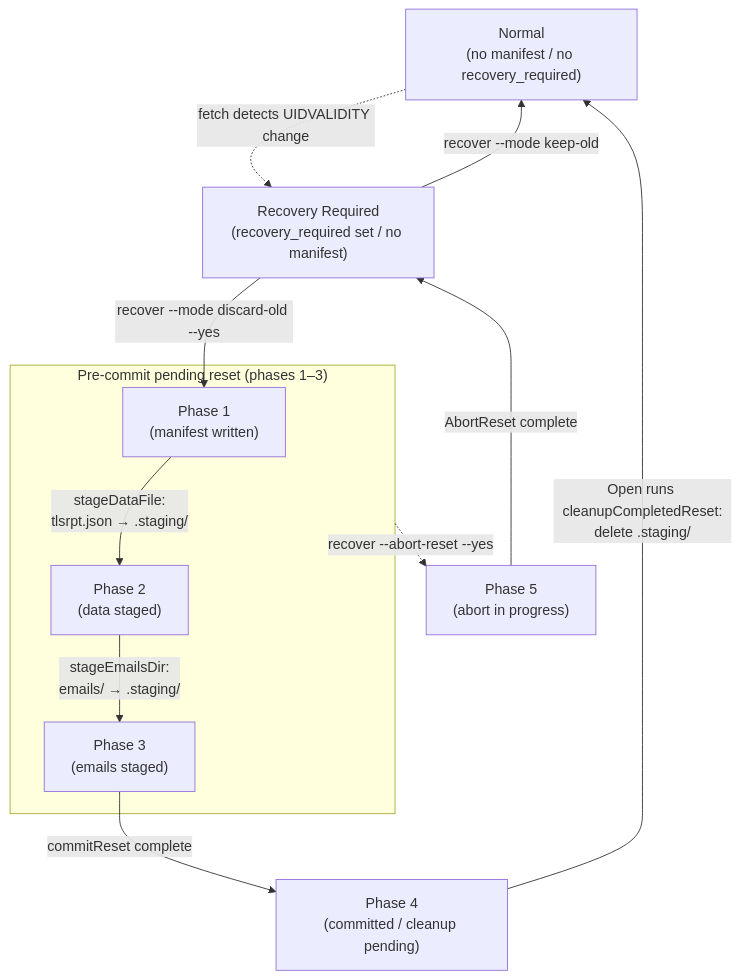
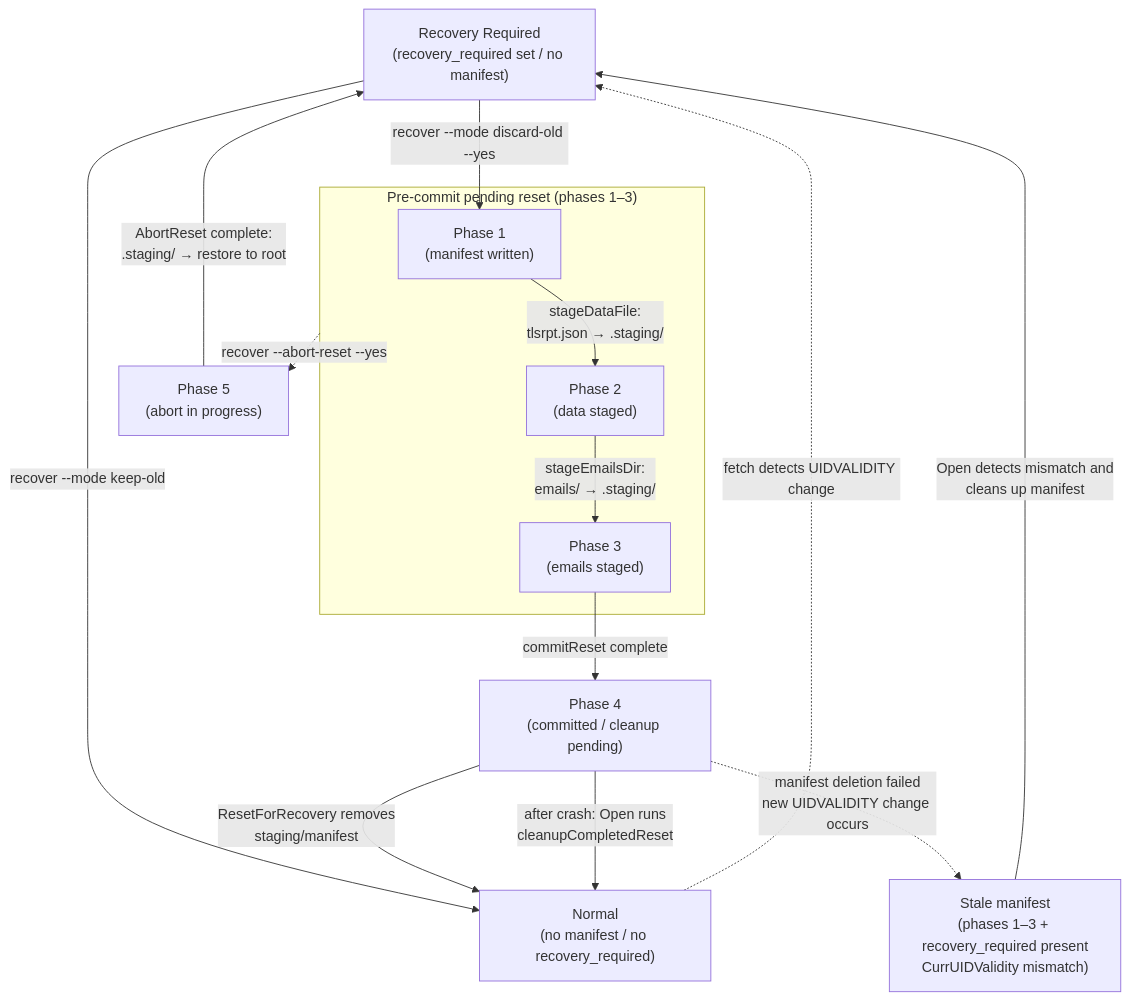
Before and after one commit to isseis/tlsrpt-digest: the diagram in docs/dev/adr/0003_reset_phase_design.md, drawn with Mermaid. The commit also changed other lines of this file, not shown here.

First line of the commit message:
docs(adr): differential translation of 0003_reset_phase_design.md

````diff
--- a/docs/dev/adr/0003_reset_phase_design.md
+++ b/docs/dev/adr/0003_reset_phase_design.md
@@ -89,23 +89,28 @@
 ```mermaid
 flowchart TD
-    Normal["Normal<br>(no manifest / no recovery_required)"]
     RR["Recovery Required<br>(recovery_required set / no manifest)"]
-    P4["Phase 4<br>(committed / cleanup pending)"]
     P5["Phase 5<br>(abort in progress)"]
 
     subgraph PendingReset["Pre-commit pending reset (phases 1–3)"]
         P1["Phase 1<br>(manifest written)"]
         P2["Phase 2<br>(data staged)"]
         P3["Phase 3<br>(emails staged)"]
     end
 
-    Normal -.->|"fetch detects UIDVALIDITY change"| RR
+    P4["Phase 4<br>(committed / cleanup pending)"]
+    StaleM["Stale manifest<br>(phases 1–3 + recovery_required present<br>CurrUIDValidity mismatch)"]
+    Normal["Normal<br>(no manifest / no recovery_required)"]
+
     RR -->|"recover --mode keep-old"| Normal
     RR -->|"recover --mode discard-old --yes"| P1
     P1 -->|"stageDataFile:<br>tlsrpt.json → .staging/"| P2
     P2 -->|"stageEmailsDir:<br>emails/ → .staging/"| P3
     P3 -->|"commitReset complete"| P4
-    P4 -->|"Open runs cleanupCompletedReset:<br>delete .staging/"| Normal
+    P4 -.->|"manifest deletion failed<br>new UIDVALIDITY change occurs"| StaleM
+    P4 -->|"ResetForRecovery removes<br>staging/manifest"| Normal
+    P4 -->|"after crash: Open runs<br>cleanupCompletedReset"| Normal
+    StaleM -->|"Open detects mismatch and<br>cleans up manifest"| RR
     PendingReset -.->|"recover --abort-reset --yes"| P5
-    P5 -->|"AbortReset complete"| RR
+    P5 -->|"AbortReset complete:<br>.staging/ → restore to root"| RR
+    Normal -.->|"fetch detects UIDVALIDITY change"| RR
 ```
````
